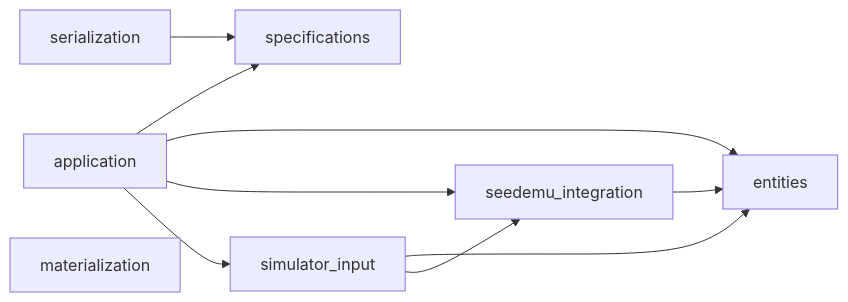
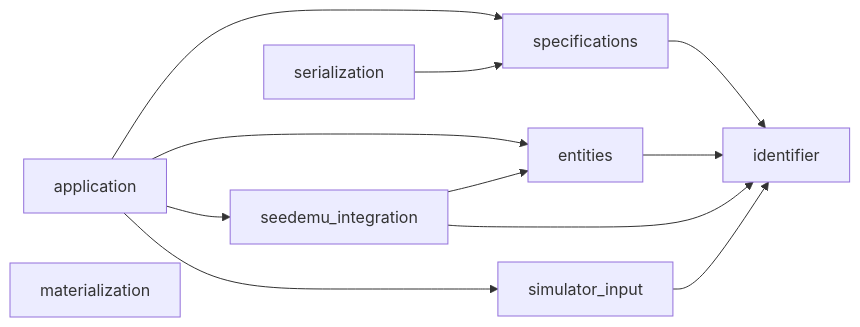
Before and after one commit to seed-labs/skyseed: the first of 7 diagrams in skyseed_v2/docs/architecture/diagrams.md, drawn with Mermaid. The commit also changed other lines of this file and 47 other files, not shown here.

````diff
--- a/skyseed_v2/docs/architecture/diagrams.md
+++ b/skyseed_v2/docs/architecture/diagrams.md
@@ -8,19 +8,22 @@
 ```mermaid
 flowchart LR
     ENT[entities]
     SEED[seedemu_integration]
     INPUT[simulator_input]
     SPEC[specifications]
     SER[serialization]
     APP[application]
     MAT[materialization]
+    ID[identifier]
 
     SEED --> ENT
-    INPUT --> ENT
-    INPUT --> SEED
+    ENT --> ID
+    SEED --> ID
+    INPUT --> ID
+    SPEC --> ID
     SER --> SPEC
     APP --> SPEC
     APP --> ENT
     APP --> SEED
     APP --> INPUT
 ```
````
